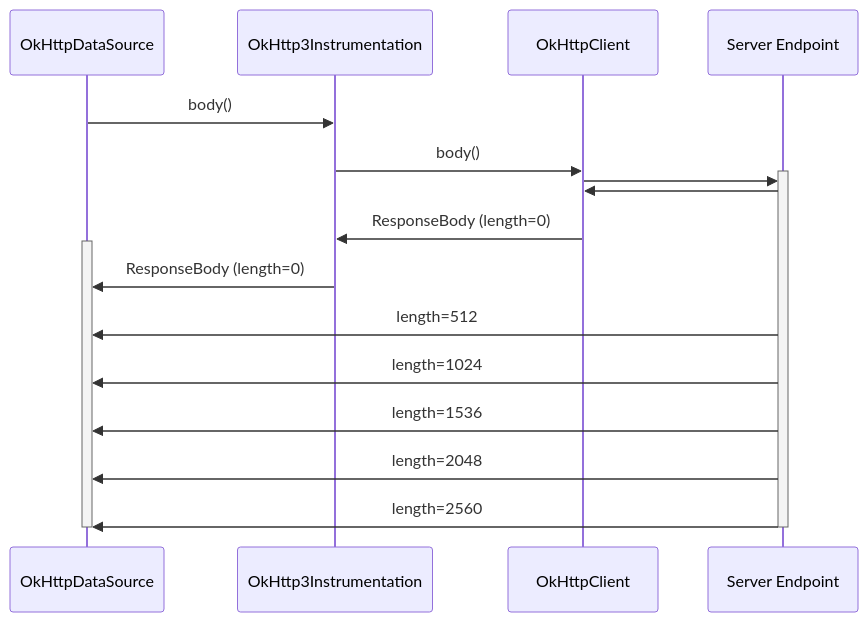
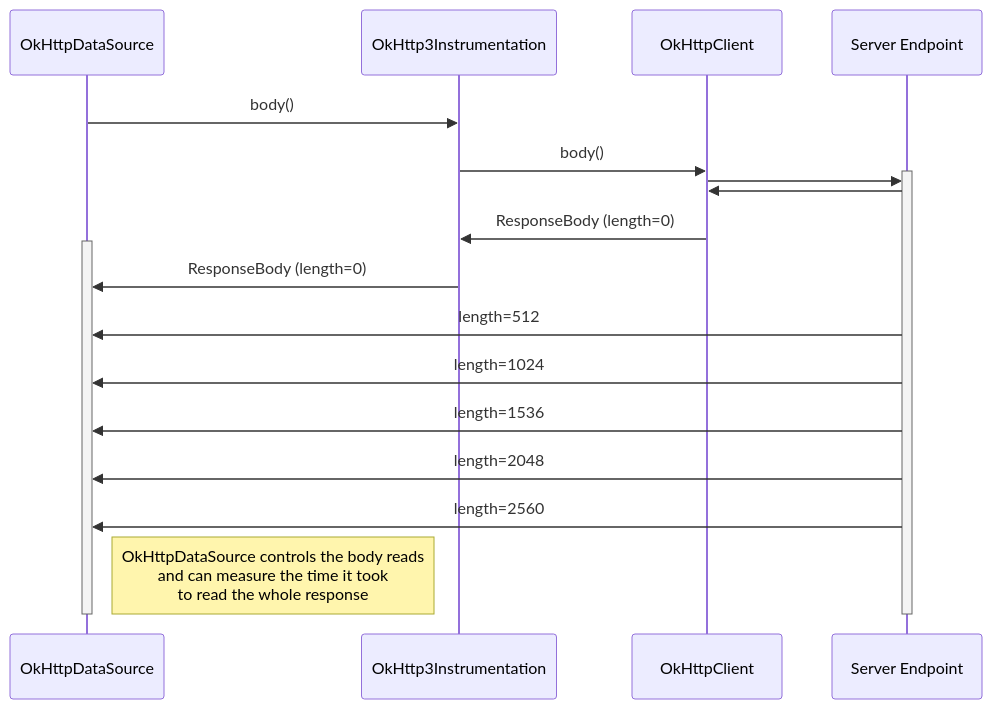
Before and after one commit to BedrockStreaming/tech.bedrockstreaming.com: the third of 4 diagrams in _posts/2022-04-29-android-apktool-decompiling.md, drawn with Mermaid. The commit also changed other lines of this file, not shown here.

Commit message:
Add notes

```diff
--- a/_posts/2022-04-29-android-apktool-decompiling.md
+++ b/_posts/2022-04-29-android-apktool-decompiling.md
@@ -426,23 +426,24 @@
 <div class="mermaid">
 sequenceDiagram
     participant exo as OkHttpDataSource
     participant nr as OkHttp3Instrumentation
     participant okhttp as OkHttpClient
     participant server as Server Endpoint
 
     exo->>nr: body()
     nr->>okhttp: body()
     activate server
     okhttp->>server: 
     server->>okhttp: 
     okhttp->>nr: ResponseBody (length=0)
     activate exo
     nr->>exo: ResponseBody (length=0)
     server->>exo: length=512
     server->>exo: length=1024
     server->>exo: length=1536
     server->>exo: length=2048
     server->>exo: length=2560
+    note right of exo: OkHttpDataSource controls the body reads <br> and can measure the time it took <br> to read the whole response
     deactivate server
     deactivate exo
 </div>
```
